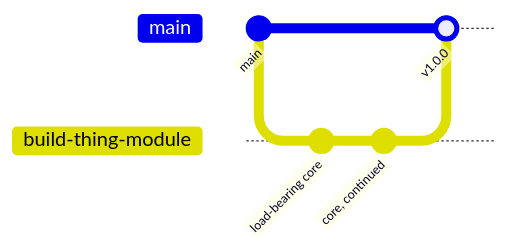
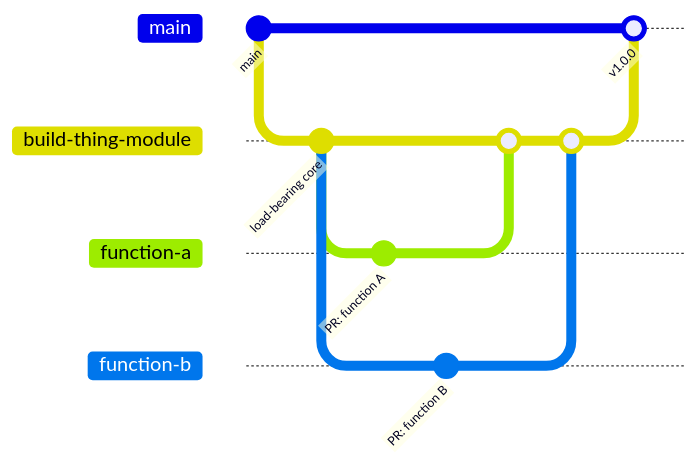
One commit to PSModule/docs changed the diagram in src/docs/Modules/Process-PSModule/module-bootstrap.md. Above: the diagram before and after it, drawn with Mermaid. The commit also changed other lines of this file, not shown here.

Commit message:
docs: show parallel feature branches in bootstrap diagram
$Co-authored-by: Copilot App <223556219+Copilot@users.noreply.github.com>

````diff
--- a/src/docs/Modules/Process-PSModule/module-bootstrap.md
+++ b/src/docs/Modules/Process-PSModule/module-bootstrap.md
@@ -25,10 +25,18 @@
 ```mermaid
 gitGraph
     commit id: "main"
     branch build-thing-module
     checkout build-thing-module
     commit id: "load-bearing core"
-    commit id: "core, continued"
+    branch function-a
+    branch function-b
+    checkout function-a
+    commit id: "PR: function A"
+    checkout function-b
+    commit id: "PR: function B"
+    checkout build-thing-module
+    merge function-a
+    merge function-b
     checkout main
     merge build-thing-module id: "v1.0.0"
 ```
````
